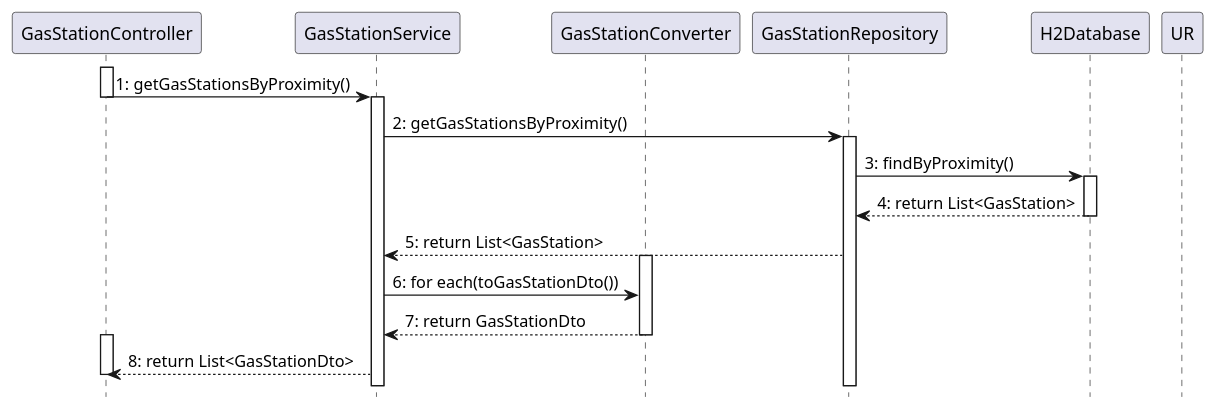
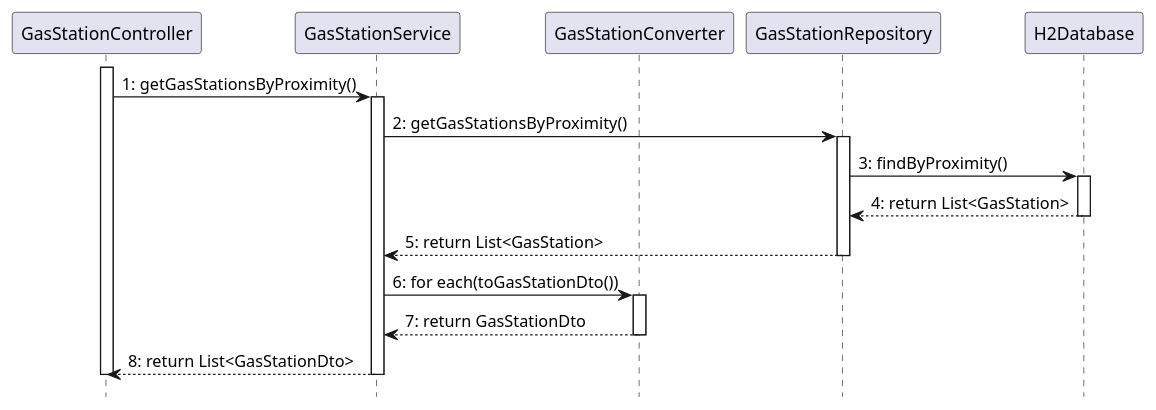
Before and after one commit to SE2-group4/SE1-project: diagram 13 of 15 in docs/DesignDocument.md, drawn with PlantUML. The commit also changed other lines of this file, not shown here.

````diff
--- a/docs/DesignDocument.md
+++ b/docs/DesignDocument.md
@@ -846,40 +847,38 @@
 ```plantuml
 @startuml
 hide footbox
 skinparam shadowing false
 
 participant GasStationController as GC
 participant GasStationService as GS
 participant GasStationConverter as GCV
 participant GasStationRepository as GR
 participant H2Database as H2
 
 activate GC
 GC -> GS: 1: getGasStationsByProximity()
-deactivate GC
 activate GS
 
 
 GS -> GR: 2: getGasStationsByProximity()
 activate GR
 
 GR -> H2: 3: findByProximity()
 
 activate H2
 H2 --> GR: 4: return List<GasStation>
 deactivate H2
 
+GR --> GS: 5: return List<GasStation>
+deactivate GR
 
-GR --> GS: 5: return List<GasStation>
-deactivate UR
-
+GS -> GCV: 6: for each(toGasStationDto())
 activate GCV
-GS -> GCV: 6: for each(toGasStationDto())
 GCV --> GS: 7: return GasStationDto
 deactivate GCV
 
-activate GC
 GS --> GC: 8: return List<GasStationDto>
+deactivate GS
 deactivate GC
 @enduml
 ```
````
